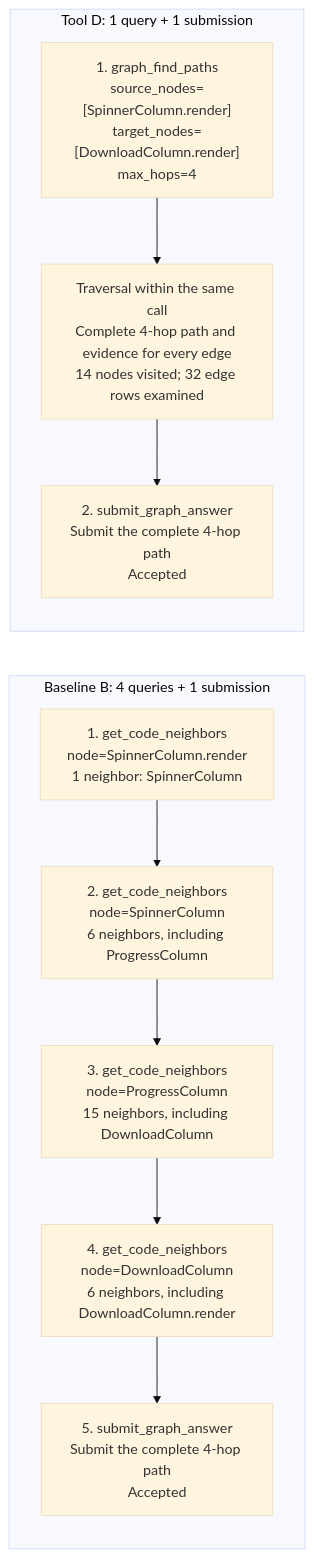
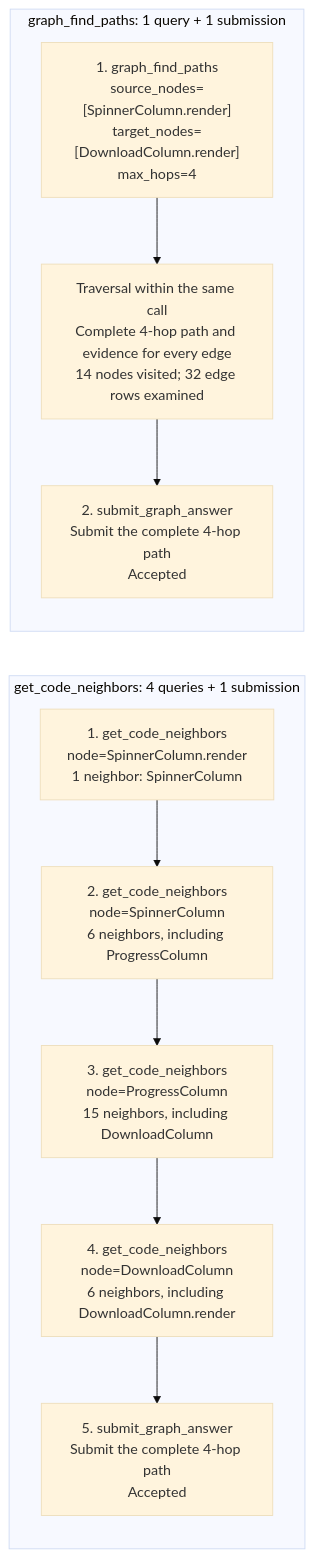
The diagram in README.md (ttoyekk1a/code-graph-find-paths), drawn with Mermaid (base theme) before and after one commit. The commit also changed other lines of this file, not shown here.

````diff
--- a/README.md
+++ b/README.md
@@ -132,20 +134,20 @@
 ```mermaid
 flowchart LR
-    subgraph B["Baseline B: 4 queries + 1 submission"]
+    subgraph B["get_code_neighbors: 4 queries + 1 submission"]
         direction TB
         B1["1. get_code_neighbors<br/>node=SpinnerColumn.render<br/>1 neighbor: SpinnerColumn"]
         B2["2. get_code_neighbors<br/>node=SpinnerColumn<br/>6 neighbors, including ProgressColumn"]
         B3["3. get_code_neighbors<br/>node=ProgressColumn<br/>15 neighbors, including DownloadColumn"]
         B4["4. get_code_neighbors<br/>node=DownloadColumn<br/>6 neighbors, including DownloadColumn.render"]
         B5["5. submit_graph_answer<br/>Submit the complete 4-hop path<br/>Accepted"]
         B1 --> B2 --> B3 --> B4 --> B5
     end
 
-    subgraph D["Tool D: 1 query + 1 submission"]
+    subgraph D["graph_find_paths: 1 query + 1 submission"]
         direction TB
         D1["1. graph_find_paths<br/>source_nodes=[SpinnerColumn.render]<br/>target_nodes=[DownloadColumn.render]<br/>max_hops=4"]
         DR["Traversal within the same call<br/>Complete 4-hop path and evidence for every edge<br/>14 nodes visited; 32 edge rows examined"]
         D2["2. submit_graph_answer<br/>Submit the complete 4-hop path<br/>Accepted"]
         D1 --> DR --> D2
     end
 ```
````
